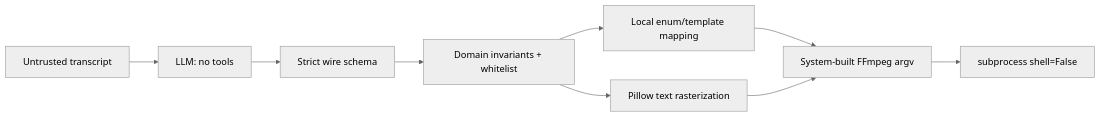
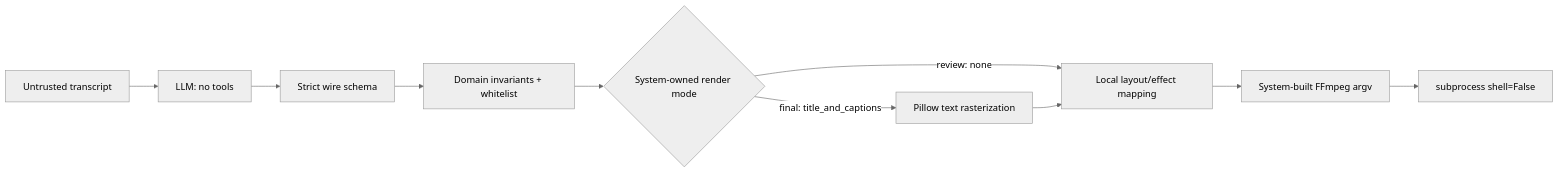
One commit to junhuaus/autoclip changed the sixth of 7 diagrams in docs/architecture.md. Above: the diagram before and after it, drawn with Mermaid (neutral theme). The commit also changed other lines of this file and 52 other files, not shown here.

````diff
--- a/docs/architecture.md
+++ b/docs/architecture.md
@@ -99,11 +105,12 @@
 ```mermaid
 flowchart LR
   TEXT[Untrusted transcript] --> MODEL[LLM: no tools]
   MODEL --> WIRE[Strict wire schema]
   WIRE --> DOMAIN[Domain invariants + whitelist]
-  DOMAIN --> MAP[Local enum/template mapping]
-  DOMAIN --> PNG[Pillow text rasterization]
+  DOMAIN --> MODE{System-owned render mode}
+  MODE -->|review: none| MAP[Local layout/effect mapping]
+  MODE -->|final: title_and_captions| PNG[Pillow text rasterization]
+  PNG --> MAP
   MAP --> ARGV[System-built FFmpeg argv]
-  PNG --> ARGV
   ARGV --> EXEC[subprocess shell=False]
 ```
````
